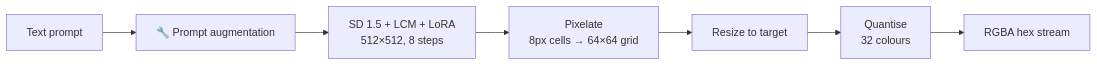
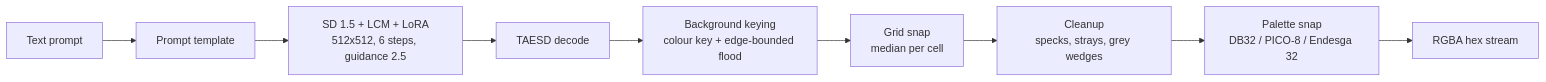
Before and after one commit to Azjob21/spritestack-pixelgen: the diagram in README.md, drawn with Mermaid. The commit also changed other lines of this file and 16 other files, not shown here.

````diff
--- a/README.md
+++ b/README.md
@@ -66,9 +68,11 @@
 ```mermaid
 flowchart LR
-  P[" Text prompt"] --> A["🔧 Prompt augmentation"]
-  A --> D[" SD 1.5 + LCM + LoRA<br/>512×512, 8 steps"]
-  D --> X[" Pixelate<br/>8px cells → 64×64 grid"]
-  X --> R[" Resize to target"]
-  R --> Q[" Quantise<br/>32 colours"]
-  Q --> H[" RGBA hex stream"]
+  P["Text prompt"] --> A["Prompt template"]
+  A --> D["SD 1.5 + LCM + LoRA<br/>512x512, 6 steps, guidance 2.5"]
+  D --> V["TAESD decode"]
+  V --> K["Background keying<br/>colour key + edge-bounded flood"]
+  K --> G["Grid snap<br/>median per cell"]
+  G --> C["Cleanup<br/>specks, strays, grey wedges"]
+  C --> Q["Palette snap<br/>DB32 / PICO-8 / Endesga 32"]
+  Q --> H["RGBA hex stream"]
 ```
````
